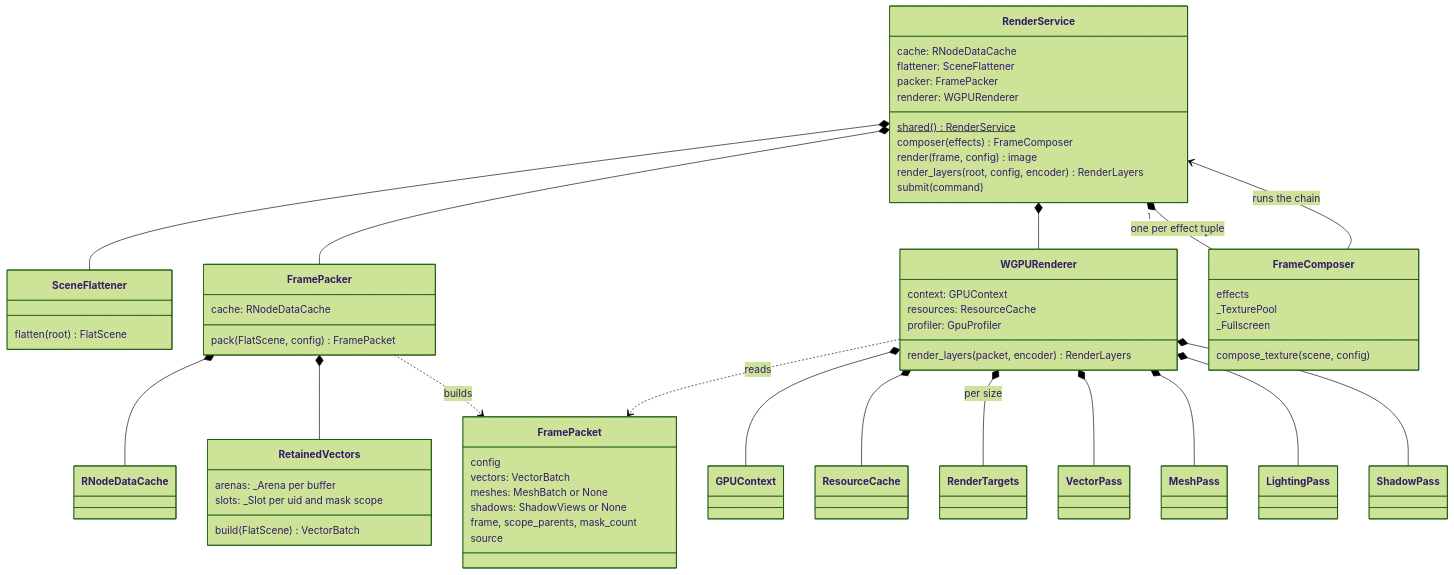
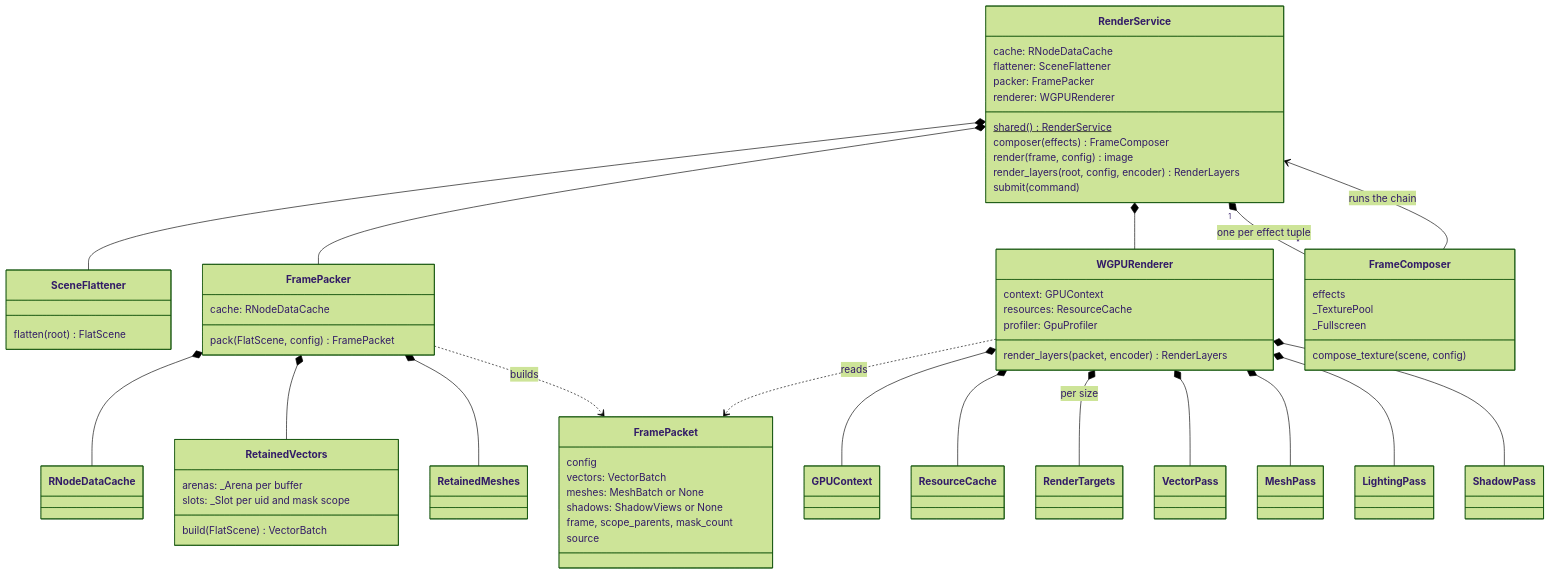
One commit to MrDiver/manim changed the seventh of 9 diagrams in manimx/ARCHITECTURE.md. Above: the diagram before and after it, drawn with Mermaid (forest theme). The commit also changed other lines of this file and 9 other files, not shown here.

````diff
--- a/manimx/ARCHITECTURE.md
+++ b/manimx/ARCHITECTURE.md
@@ -505,63 +505,64 @@
 ```mermaid
 classDiagram
     direction TB
     class RenderService {
         shared()$ RenderService
         cache: RNodeDataCache
         flattener: SceneFlattener
         packer: FramePacker
         renderer: WGPURenderer
         composer(effects) FrameComposer
         render(frame, config) image
         render_layers(root, config, encoder) RenderLayers
         submit(command)
     }
     class SceneFlattener {
         flatten(root) FlatScene
     }
     class FramePacker {
         cache: RNodeDataCache
         pack(FlatScene, config) FramePacket
     }
     class FramePacket {
         config
         vectors: VectorBatch
         meshes: MeshBatch or None
         shadows: ShadowViews or None
         frame, scope_parents, mask_count
         source
     }
     class RetainedVectors {
         arenas: _Arena per buffer
         slots: _Slot per uid and mask scope
         build(FlatScene) VectorBatch
     }
     class WGPURenderer {
         context: GPUContext
         resources: ResourceCache
         profiler: GpuProfiler
         render_layers(packet, encoder) RenderLayers
     }
     class FrameComposer {
         effects
         _TexturePool
         _Fullscreen
         compose_texture(scene, config)
     }
     RenderService *-- SceneFlattener
     RenderService *-- FramePacker
     RenderService *-- WGPURenderer
     RenderService "1" *-- "*" FrameComposer : one per effect tuple
     FramePacker *-- RNodeDataCache
     FramePacker *-- RetainedVectors
+    FramePacker *-- RetainedMeshes
     FramePacker ..> FramePacket : builds
     WGPURenderer ..> FramePacket : reads
     WGPURenderer *-- GPUContext
     WGPURenderer *-- ResourceCache
     WGPURenderer *-- RenderTargets : per size
     WGPURenderer *-- VectorPass
     WGPURenderer *-- MeshPass
     WGPURenderer *-- LightingPass
     WGPURenderer *-- ShadowPass
     FrameComposer --> RenderService : runs the chain
 ```
````
